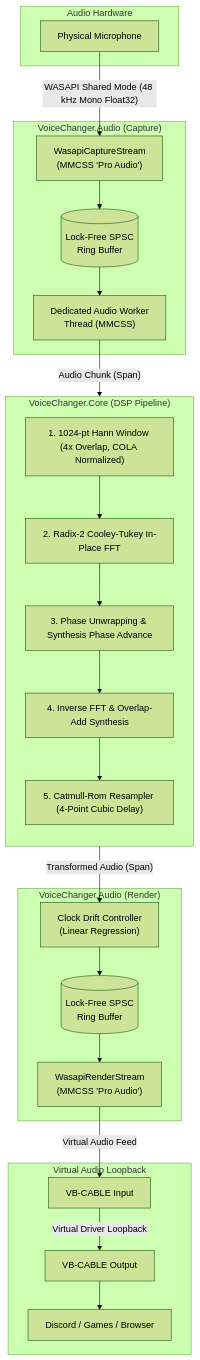
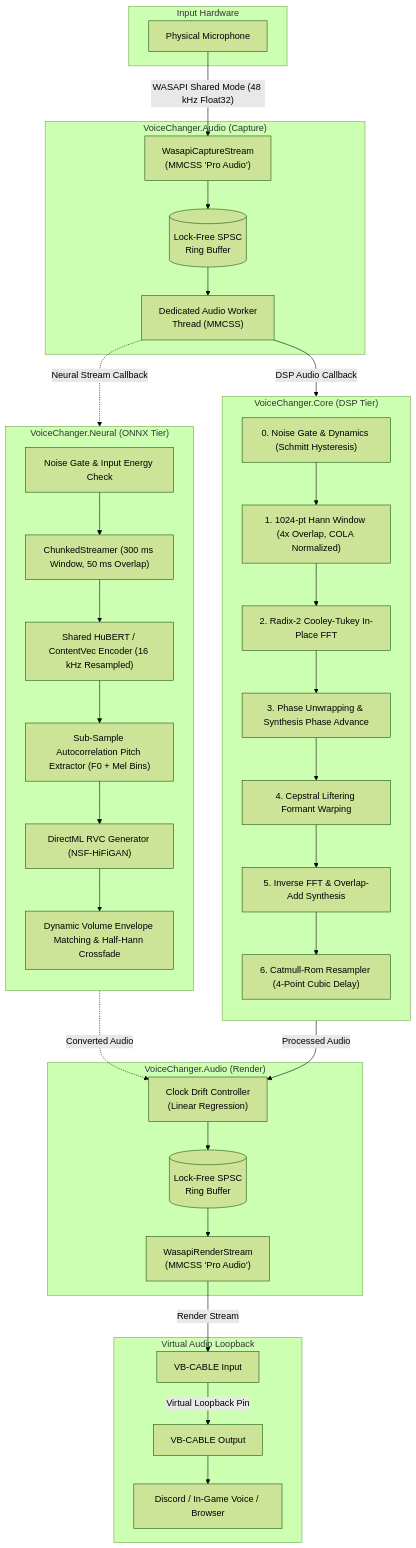
One commit to Aditya-0011/VoiceChanger changed the diagram in README.md. Above: the diagram before and after it, drawn with Mermaid (forest theme). The commit also changed other lines of this file and 24 other files, not shown here.

First line of the commit message:
Add neural RVC tier and model management

````diff
--- a/README.md
+++ b/README.md
@@ -28,42 +37,57 @@
 ```mermaid
 flowchart TD
-    subgraph HW_IN["Audio Hardware"]
+    subgraph HW_IN["Input Hardware"]
         MIC["Physical Microphone"]
     end
 
     subgraph AUDIO_IN["VoiceChanger.Audio (Capture)"]
         CAP["WasapiCaptureStream<br/>(MMCSS 'Pro Audio')"]
         RING_IN[("Lock-Free SPSC<br/>Ring Buffer")]
         WORKER["Dedicated Audio Worker<br/>Thread (MMCSS)"]
         CAP --> RING_IN --> WORKER
     end
 
-    subgraph DSP["VoiceChanger.Core (DSP Pipeline)"]
+    subgraph DSP["VoiceChanger.Core (DSP Tier)"]
         direction TB
+        GATE["0. Noise Gate &amp; Dynamics (Schmitt Hysteresis)"]
         V1["1. 1024-pt Hann Window (4x Overlap, COLA Normalized)"]
         V2["2. Radix-2 Cooley-Tukey In-Place FFT"]
         V3["3. Phase Unwrapping &amp; Synthesis Phase Advance"]
-        V4["4. Inverse FFT &amp; Overlap-Add Synthesis"]
-        V5["5. Catmull-Rom Resampler (4-Point Cubic Delay)"]
-        V1 --> V2 --> V3 --> V4 --> V5
+        V4["4. Cepstral Liftering Formant Warping"]
+        V5["5. Inverse FFT &amp; Overlap-Add Synthesis"]
+        V6["6. Catmull-Rom Resampler (4-Point Cubic Delay)"]
+        GATE --> V1 --> V2 --> V3 --> V4 --> V5 --> V6
+    end
+
+    subgraph NEURAL["VoiceChanger.Neural (ONNX Tier)"]
+        direction TB
+        N0["Noise Gate &amp; Input Energy Check"]
+        N1["ChunkedStreamer (300 ms Window, 50 ms Overlap)"]
+        N2["Shared HuBERT / ContentVec Encoder (16 kHz Resampled)"]
+        N3["Sub-Sample Autocorrelation Pitch Extractor (F0 + Mel Bins)"]
+        N4["DirectML RVC Generator (NSF-HiFiGAN)"]
+        N5["Dynamic Volume Envelope Matching &amp; Half-Hann Crossfade"]
+        N0 --> N1 --> N2 --> N3 --> N4 --> N5
     end
 
     subgraph AUDIO_OUT["VoiceChanger.Audio (Render)"]
         DRIFT["Clock Drift Controller<br/>(Linear Regression)"]
         RING_OUT[("Lock-Free SPSC<br/>Ring Buffer")]
         REND["WasapiRenderStream<br/>(MMCSS 'Pro Audio')"]
         DRIFT --> RING_OUT --> REND
     end
 
     subgraph HW_OUT["Virtual Audio Loopback"]
         VBIN["VB-CABLE Input"]
         VBOUT["VB-CABLE Output"]
-        APPS["Discord / Games / Browser"]
-        VBIN -->|"Virtual Driver Loopback"| VBOUT --> APPS
+        APPS["Discord / In-Game Voice / Browser"]
+        VBIN -->|"Virtual Loopback Pin"| VBOUT --> APPS
     end
 
-    MIC -->|"WASAPI Shared Mode (48 kHz Mono Float32)"| CAP
-    WORKER -->|"Audio Chunk (Span)"| V1
-    V5 -->|"Transformed Audio (Span)"| DRIFT
-    REND -->|"Virtual Audio Feed"| VBIN
+    MIC -->|"WASAPI Shared Mode (48 kHz Float32)"| CAP
+    WORKER -->|"DSP Audio Callback"| GATE
+    WORKER -.->|"Neural Stream Callback"| N0
+    V6 -->|"Processed Audio"| DRIFT
+    N5 -.->|"Converted Audio"| DRIFT
+    REND -->|"Render Stream"| VBIN
 ```
````
